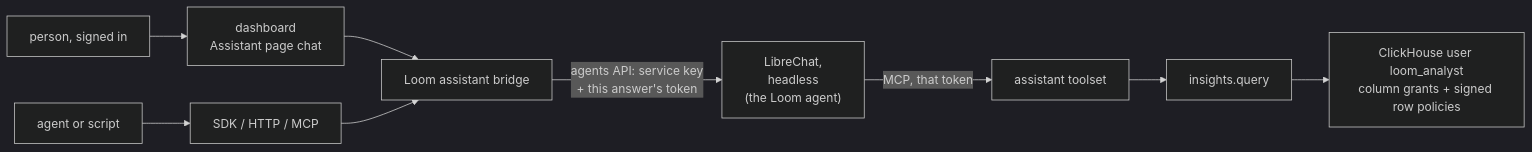
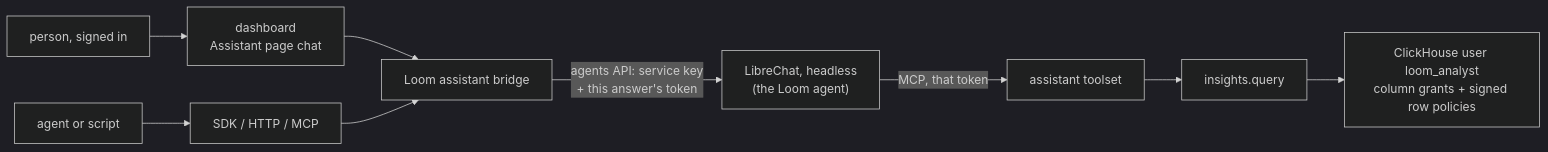
Before and after one commit to ClickHouse/loom: the diagram in docs/architecture/assistant.md, drawn with Mermaid (dark theme). The commit also changed other lines of this file, not shown here.

Commit message:
Fold the thirty-eighth review into the assistant design: disagreeing servers name both groups and --live, the diagram label on one line

````diff
--- a/docs/architecture/assistant.md
+++ b/docs/architecture/assistant.md
@@ -18,12 +18,11 @@
 ```mermaid
 flowchart LR
     P["person, signed in"] --> D["dashboard<br/>Assistant page chat"]
     A["agent or script"] --> S["SDK / HTTP / MCP"]
     D --> B["Loom assistant bridge"]
     S --> B
-    B -->|"agents API: service key<br/>+ this answer's token"| LC["LibreChat,
-    headless<br/>(the Loom agent)"]
+    B -->|"agents API: service key<br/>+ this answer's token"| LC["LibreChat, headless<br/>(the Loom agent)"]
     LC -->|"MCP, that token"| T["assistant toolset"]
     T --> Q["insights.query"]
     Q --> U["ClickHouse user loom_analyst<br/>column grants + signed row policies"]
 ```
````
